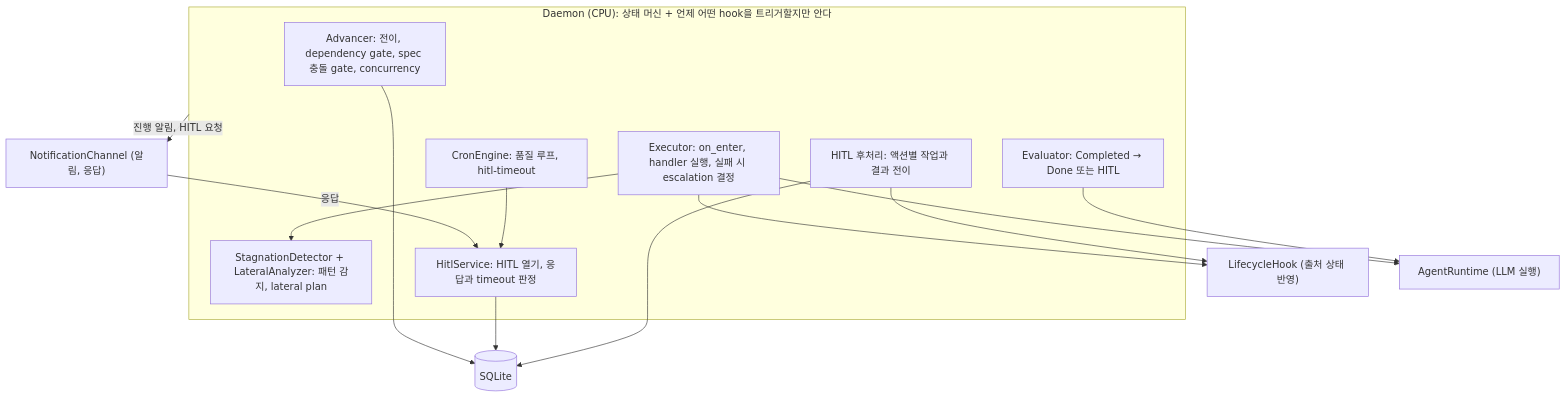
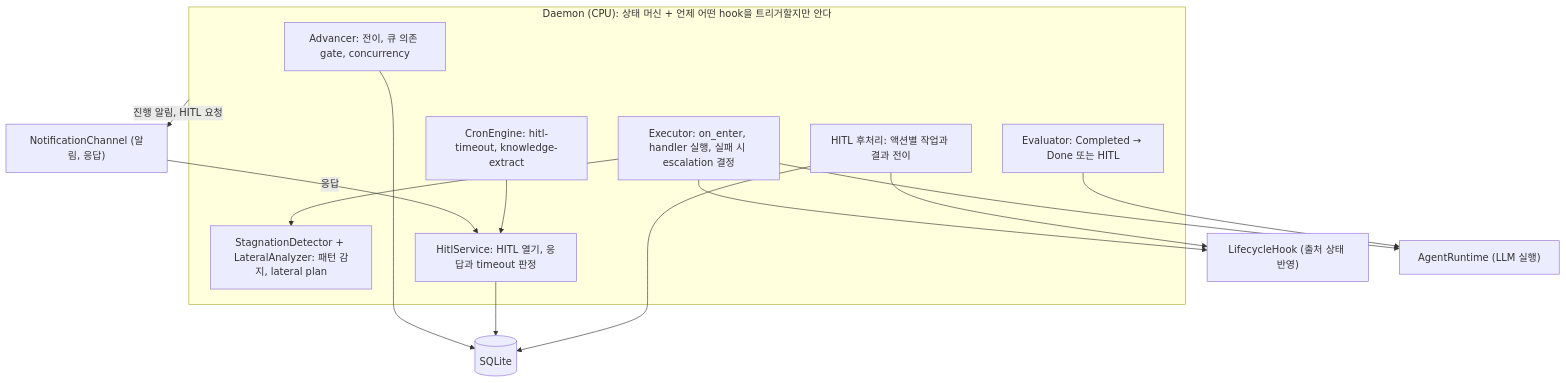
The fifth of 5 diagrams in spec/DESIGN.md (kys0213/belt), drawn with Mermaid before and after one commit. The commit also changed other lines of this file and 4 other files, not shown here.

First line of the commit message:
docs(spec): align design overview and early flows with spec feature removal

````diff
--- a/spec/DESIGN.md
+++ b/spec/DESIGN.md
@@ -248,28 +246,28 @@
 ```mermaid
 flowchart TD
     subgraph DAEMON["Daemon (CPU): 상태 머신 + 언제 어떤 hook을 트리거할지만 안다"]
-        ADV["Advancer: 전이, dependency gate, spec 충돌 gate, concurrency"]
+        ADV["Advancer: 전이, 큐 의존 gate, concurrency"]
         EXE["Executor: on_enter, handler 실행, 실패 시 escalation 결정"]
         STG["StagnationDetector + LateralAnalyzer: 패턴 감지, lateral plan"]
         EVA["Evaluator: Completed → Done 또는 HITL"]
         HIT["HitlService: HITL 열기, 응답과 timeout 판정"]
         POST["HITL 후처리: 액션별 작업과 결과 전이"]
-        CRON["CronEngine: 품질 루프, hitl-timeout"]
+        CRON["CronEngine: hitl-timeout, knowledge-extract"]
     end
     DB[("SQLite")]
     HK["LifecycleHook (출처 상태 반영)"]
     CH["NotificationChannel (알림, 응답)"]
     RT["AgentRuntime (LLM 실행)"]
 
     ADV --> DB
     EXE --> STG
     EXE --> HK
     EXE --> RT
     EVA --> RT
     HIT --> DB
     POST --> HK
     POST --> DB
     DAEMON -- "진행 알림, HITL 요청" --> CH
     CH -- "응답" --> HIT
     CRON --> HIT
 ```
````
